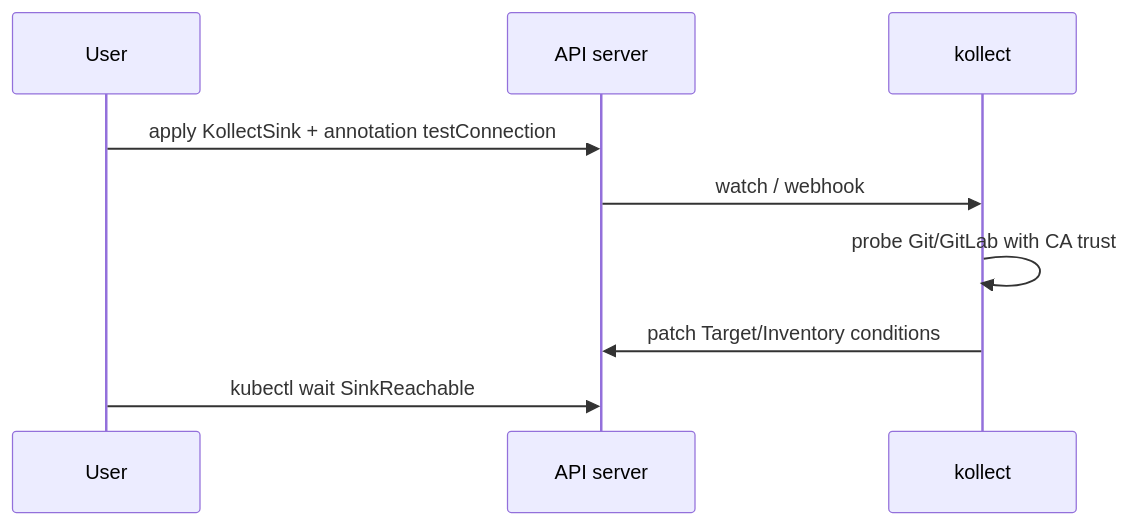
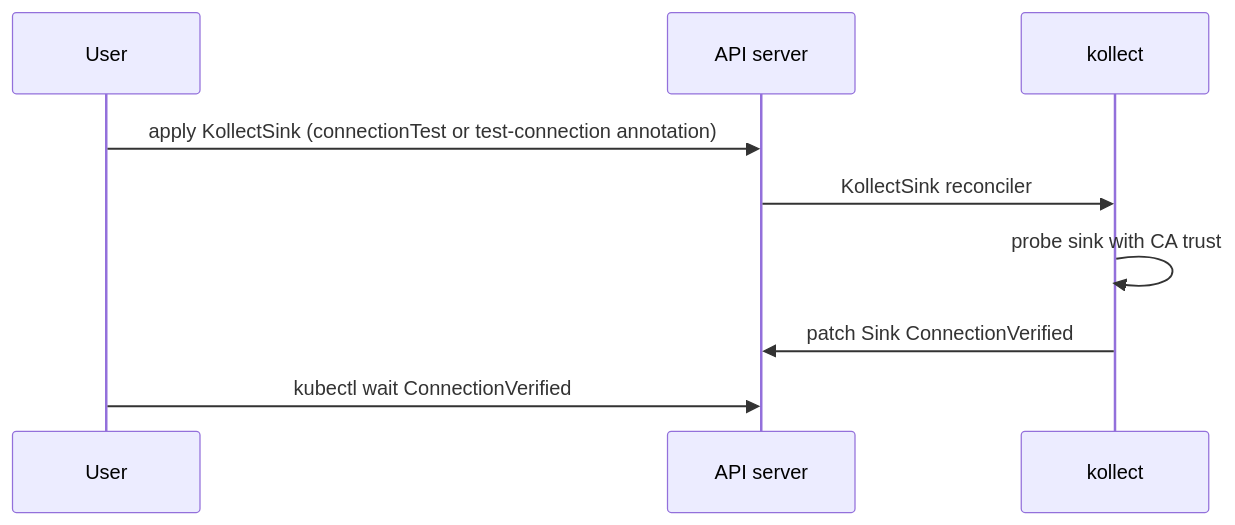
Before and after one commit to PlatformRelay/Kollect: the diagram in docs/adr/0015-static-vs-reconciled.md, drawn with Mermaid. The commit also changed other lines of this file and 10 other files, not shown here.

````diff
--- a/docs/adr/0015-static-vs-reconciled.md
+++ b/docs/adr/0015-static-vs-reconciled.md
@@ -77,11 +80,11 @@
 ```mermaid
 sequenceDiagram
   participant User
   participant API as API server
   participant Op as kollect
-  User->>API: apply KollectSink + annotation testConnection
-  API->>Op: watch / webhook
-  Op->>Op: probe Git/GitLab with CA trust
-  Op->>API: patch Target/Inventory conditions
-  User->>API: kubectl wait SinkReachable
+  User->>API: apply KollectSink (connectionTest or test-connection annotation)
+  API->>Op: KollectSink reconciler
+  Op->>Op: probe sink with CA trust
+  Op->>API: patch Sink ConnectionVerified
+  User->>API: kubectl wait ConnectionVerified
 ```
````
